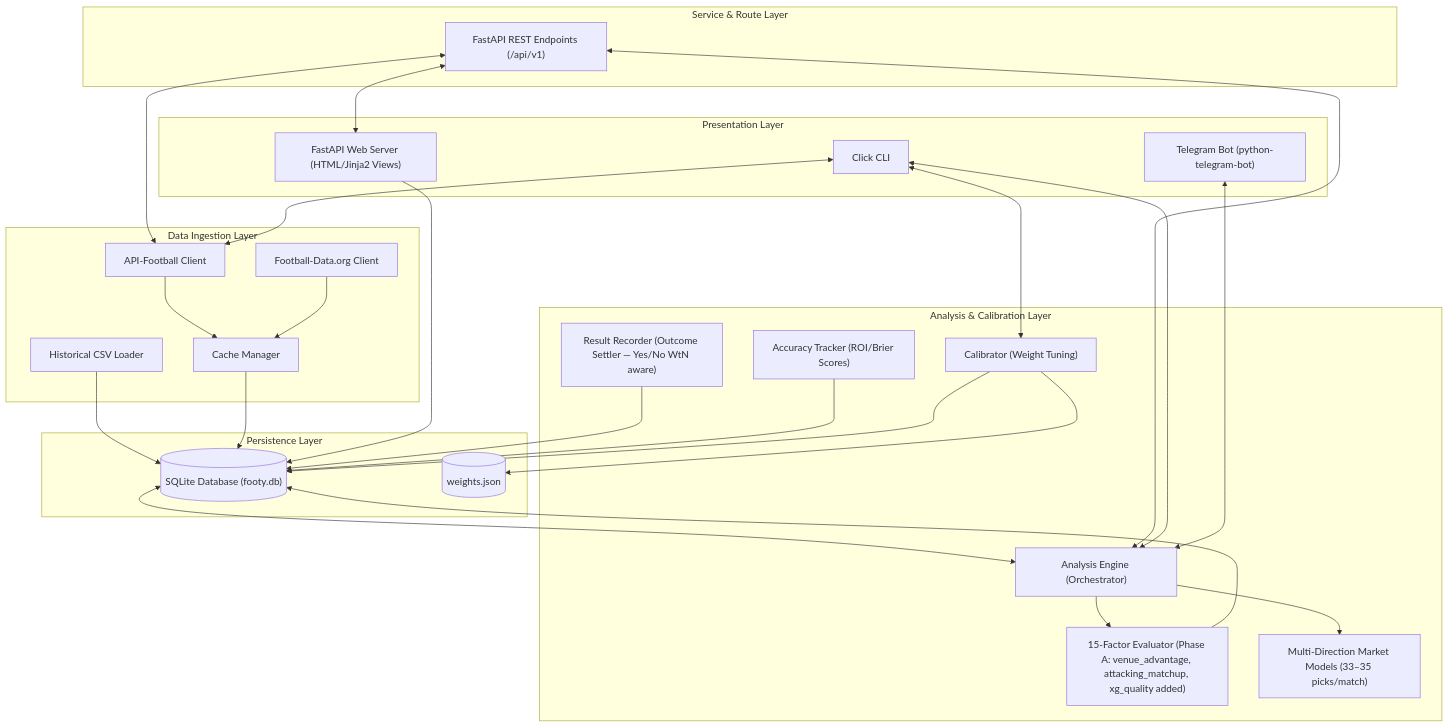
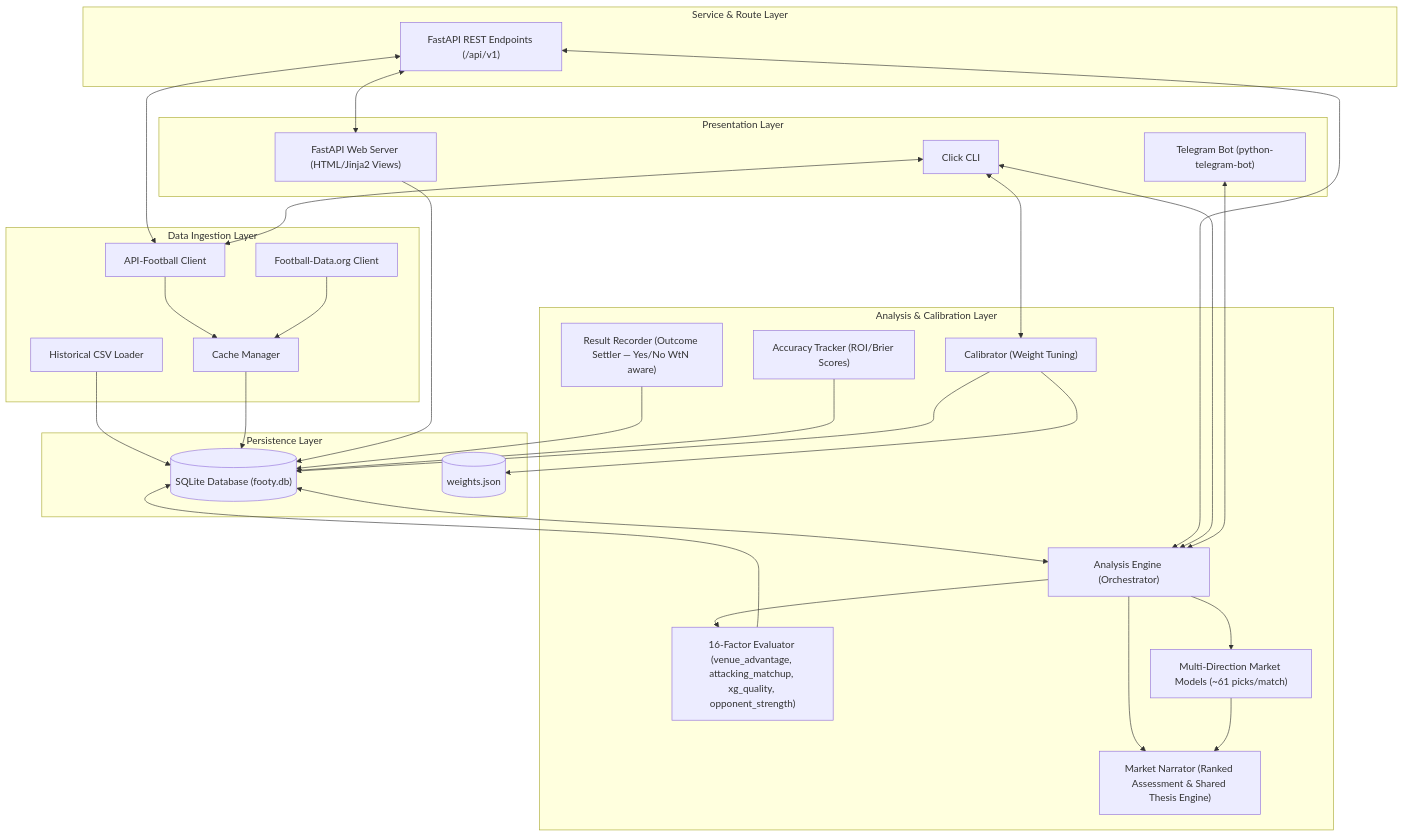
Before and after one commit to islajr/footy-predict: the first of 4 diagrams in architecture.md, drawn with Mermaid. The commit also changed other lines of this file, not shown here.

Commit message:
docs(architecture): add market narrator and narrative synthesis to pipeline spec

````diff
--- a/architecture.md
+++ b/architecture.md
@@ -22,66 +22,69 @@
 ```mermaid
 graph TD
     %% Presentation Layer
     subgraph Presentation ["Presentation Layer"]
         UI["FastAPI Web Server (HTML/Jinja2 Views)"]
         CLI["Click CLI"]
         Bot["Telegram Bot (python-telegram-bot)"]
     end
 
     %% API / Service Layer
     subgraph Service ["Service & Route Layer"]
         API_Routes["FastAPI REST Endpoints (/api/v1)"]
     end
 
     %% Analysis & Calibration Layer
     subgraph Analysis ["Analysis & Calibration Layer"]
         Engine["Analysis Engine (Orchestrator)"]
-        Factors["15-Factor Evaluator (Phase A: venue_advantage, attacking_matchup, xg_quality added)"]
-        Markets["Multi-Direction Market Models (33–35 picks/match)"]
+        Factors["16-Factor Evaluator (venue_advantage, attacking_matchup, xg_quality, opponent_strength)"]
+        Markets["Multi-Direction Market Models (~61 picks/match)"]
+        Narrator["Market Narrator (Ranked Assessment & Shared Thesis Engine)"]
         Calibrator["Calibrator (Weight Tuning)"]
         Recorder["Result Recorder (Outcome Settler — Yes/No WtN aware)"]
         Tracker["Accuracy Tracker (ROI/Brier Scores)"]
     end
 
     %% Data Ingestion Layer
     subgraph Ingestion ["Data Ingestion Layer"]
         APIF["API-Football Client"]
         FDO["Football-Data.org Client"]
         CSV["Historical CSV Loader"]
         Cache["Cache Manager"]
     end
 
     %% Persistence Layer
     subgraph Persistence ["Persistence Layer"]
         DB[("SQLite Database (footy.db)")]
         WeightsFile[("weights.json")]
     end
 
     %% Data Connections
     APIF --> Cache
     FDO --> Cache
     CSV --> DB
     Cache --> DB
 
     DB <--> Engine
     Engine --> Factors
     Engine --> Markets
+    Engine --> Narrator
+    Markets --> Narrator
     Factors --> DB
     
     Recorder --> DB
     Tracker --> DB
     Calibrator --> DB
     Calibrator --> WeightsFile
     
     API_Routes <--> UI
     API_Routes <--> Engine
     API_Routes <--> APIF
     
     CLI <--> Engine
     CLI <--> APIF
     CLI <--> Calibrator
     
     Bot <--> Engine
     
     UI --> DB
 ```
````
